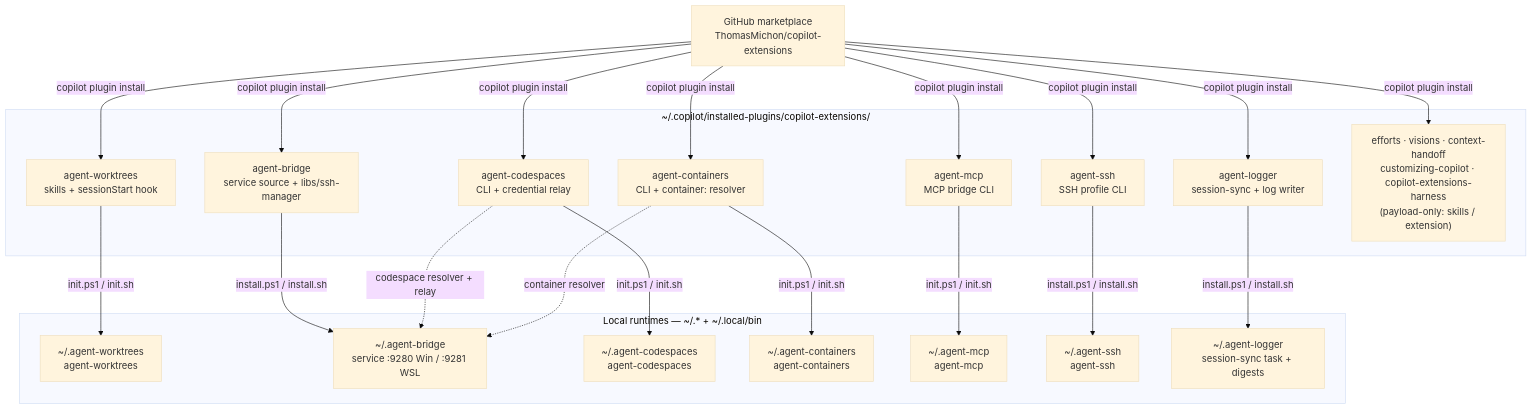
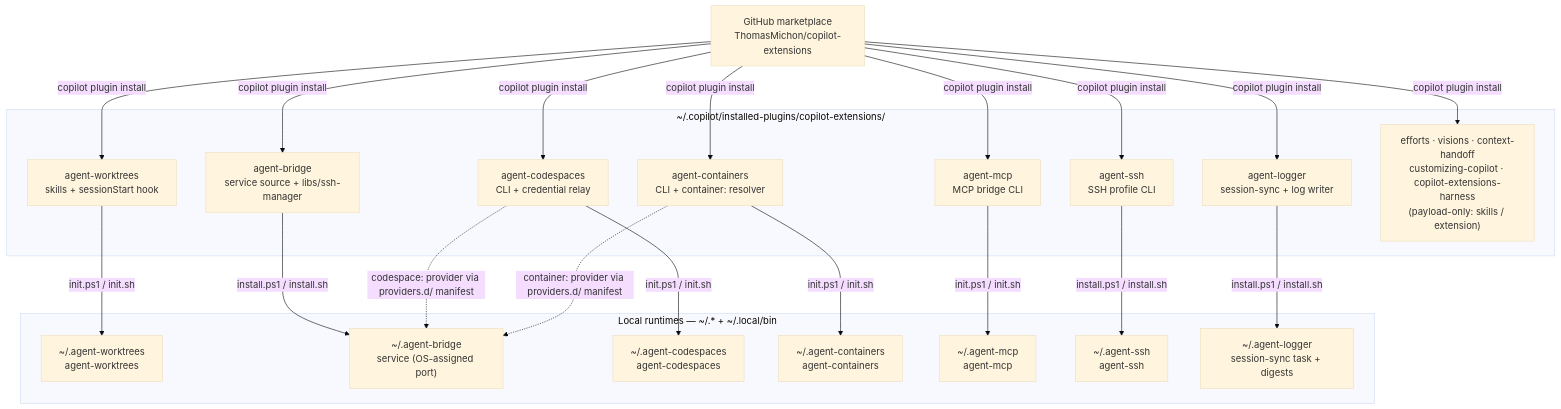
The first of 3 diagrams in README.md (ThomasMichon/copilot-extensions), drawn with Mermaid (base theme) before and after one commit. The commit also changed other lines of this file and 5 other files, not shown here.

First line of the commit message:
docs: suite-level ground-truth audit (provider-manifest seam, dynamic ports, flow) (#597)

````diff
--- a/README.md
+++ b/README.md
@@ -81,40 +81,40 @@
 ```mermaid
 flowchart TB
     MP["GitHub marketplace<br/>ThomasMichon/copilot-extensions"]
     subgraph IP["~/.copilot/installed-plugins/copilot-extensions/"]
       AW["agent-worktrees<br/>skills + sessionStart hook"]
       AB["agent-bridge<br/>service source + libs/ssh-manager"]
       AC["agent-codespaces<br/>CLI + credential relay"]
       AN["agent-containers<br/>CLI + container: resolver"]
       AM["agent-mcp<br/>MCP bridge CLI"]
       AS["agent-ssh<br/>SSH profile CLI"]
       AL["agent-logger<br/>session-sync + log writer"]
       PO["efforts · visions · context-handoff<br/>customizing-copilot · copilot-extensions-harness<br/>(payload-only: skills / extension)"]
     end
     subgraph RT["Local runtimes — ~/.* + ~/.local/bin"]
       RW["~/.agent-worktrees<br/>agent-worktrees"]
-      RB["~/.agent-bridge<br/>service :9280 Win / :9281 WSL"]
+      RB["~/.agent-bridge<br/>service (OS-assigned port)"]
       RC["~/.agent-codespaces<br/>agent-codespaces"]
       RN["~/.agent-containers<br/>agent-containers"]
       RM["~/.agent-mcp<br/>agent-mcp"]
       RS["~/.agent-ssh<br/>agent-ssh"]
       RL["~/.agent-logger<br/>session-sync task + digests"]
     end
     MP -->|copilot plugin install| AW
     MP -->|copilot plugin install| AB
     MP -->|copilot plugin install| AC
     MP -->|copilot plugin install| AN
     MP -->|copilot plugin install| AM
     MP -->|copilot plugin install| AS
     MP -->|copilot plugin install| AL
     MP -->|copilot plugin install| PO
     AW -->|init.ps1 / init.sh| RW
     AB -->|install.ps1 / install.sh| RB
     AC -->|init.ps1 / init.sh| RC
     AN -->|init.ps1 / init.sh| RN
     AM -->|init.ps1 / init.sh| RM
     AS -->|install.ps1 / install.sh| RS
     AL -->|install.ps1 / install.sh| RL
-    AC -.->|codespace resolver + relay| RB
-    AN -.->|container resolver| RB
+    AC -.->|codespace: provider via providers.d/ manifest| RB
+    AN -.->|container: provider via providers.d/ manifest| RB
 ```
````
